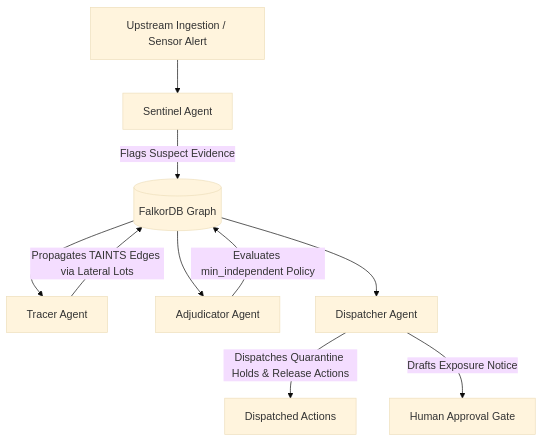
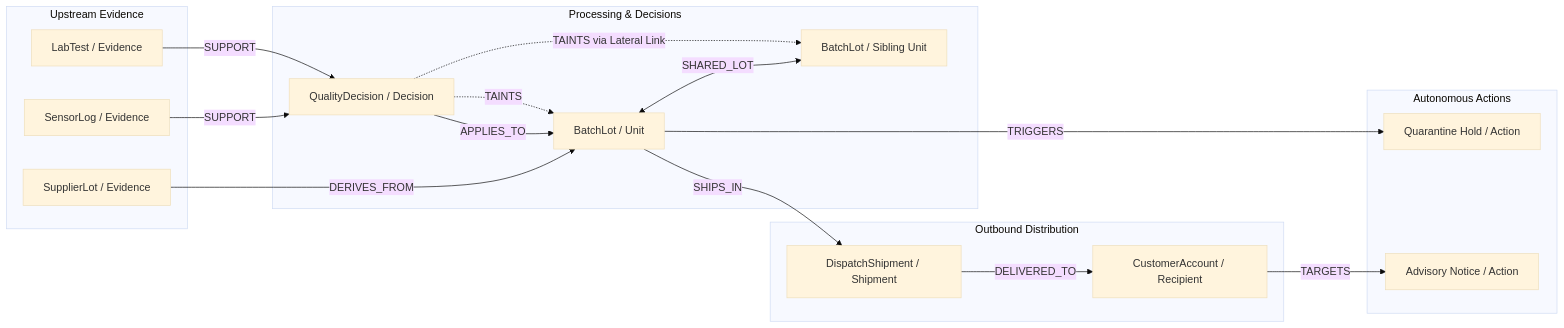
Before and after one commit to legalmonkey/wemakedevs: the diagram in README.md, drawn with Mermaid (base theme). The commit also changed other lines of this file and 7 other files, not shown here.

Commit message:
docs: finalize hackathon submission package, evidence log, and video script

````diff
--- a/README.md
+++ b/README.md
@@ -46,12 +62,36 @@
 ```mermaid
-graph TD
-    Alert[Upstream Ingestion / Sensor Alert] --> Sentinel
-    Sentinel[Sentinel Agent] -->|Flags Suspect Evidence| Graph[(FalkorDB Graph)]
-    Graph --> Tracer[Tracer Agent]
-    Tracer -->|Propagates TAINTS Edges via Lateral Lots| Graph
-    Graph --> Adjudicator[Adjudicator Agent]
-    Adjudicator -->|Evaluates min_independent Policy| Graph
-    Graph --> Dispatcher[Dispatcher Agent]
-    Dispatcher -->|Dispatches Quarantine Holds & Release Actions| Actions[Dispatched Actions]
-    Dispatcher -->|Drafts Exposure Notice| HumanGate[Human Approval Gate]
+graph LR
+    subgraph Upstream Evidence
+        SL[SensorLog / Evidence]
+        LT[LabTest / Evidence]
+        SPL[SupplierLot / Evidence]
+    end
+
+    subgraph Processing & Decisions
+        QD[QualityDecision / Decision]
+        BL[BatchLot / Unit]
+        SBL[BatchLot / Sibling Unit]
+    end
+
+    subgraph Outbound Distribution
+        DS[DispatchShipment / Shipment]
+        CA[CustomerAccount / Recipient]
+    end
+
+    subgraph Autonomous Actions
+        ACT[Quarantine Hold / Action]
+        ADV[Advisory Notice / Action]
+    end
+
+    SL -->|SUPPORT| QD
+    LT -->|SUPPORT| QD
+    SPL -->|DERIVES_FROM| BL
+    QD -->|APPLIES_TO| BL
+    QD -.->|TAINTS| BL
+    BL <-->|SHARED_LOT| SBL
+    QD -.->|TAINTS via Lateral Link| SBL
+    BL -->|SHIPS_IN| DS
+    DS -->|DELIVERED_TO| CA
+    BL -->|TRIGGERS| ACT
+    CA -->|TARGETS| ADV
 ```
````
